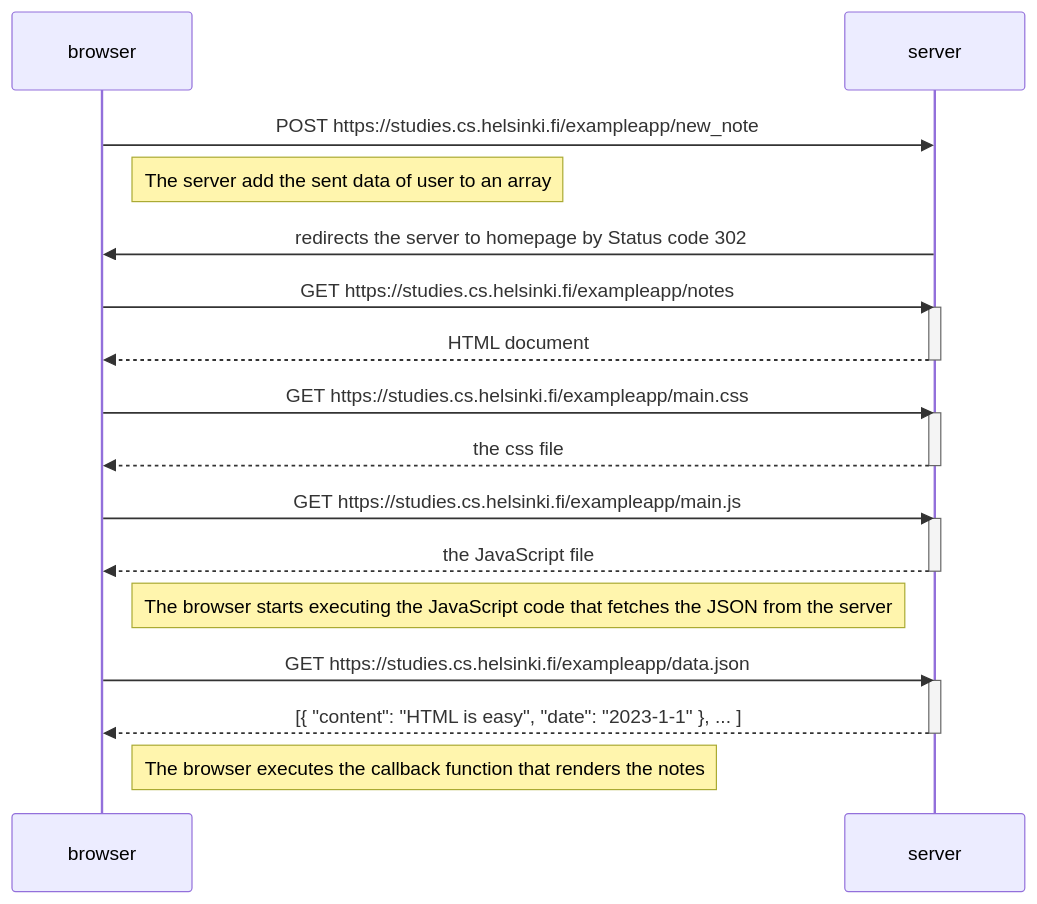
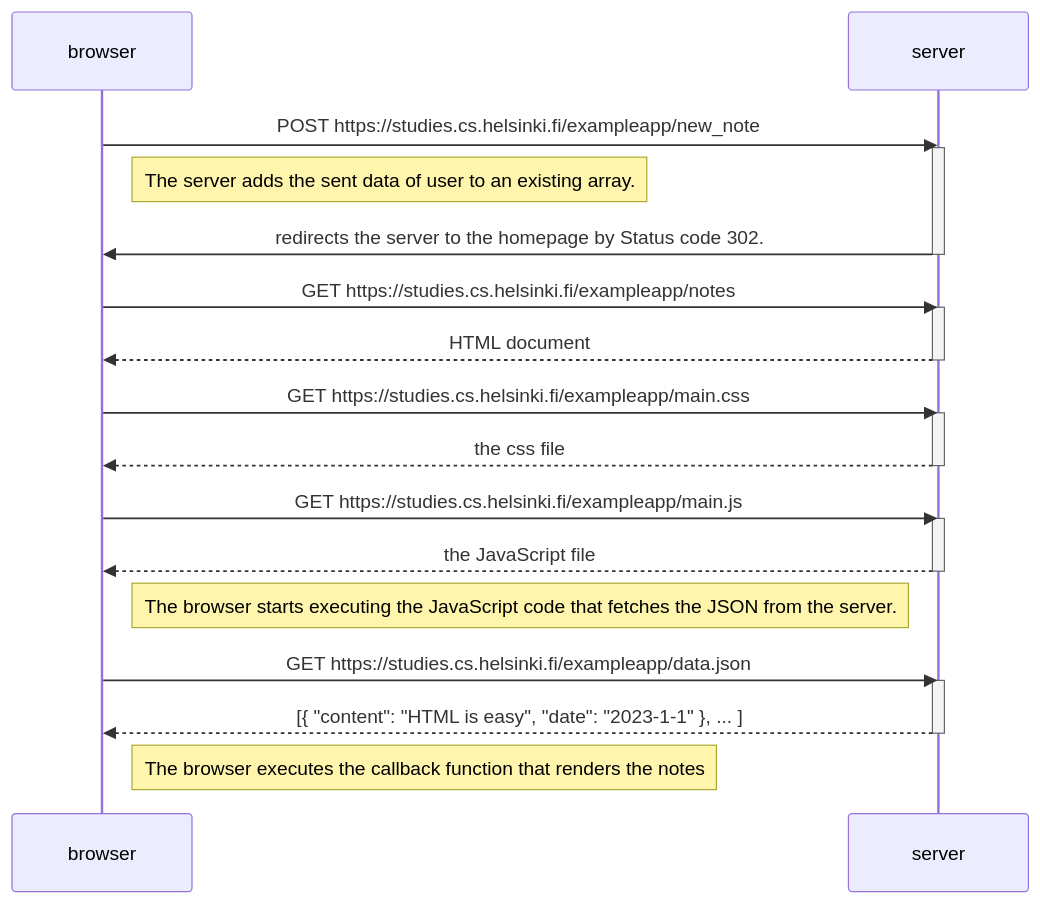
One commit to AlexandruStefanGherhes/FullStackOpen changed the diagram in part0/README.MD. Above: the diagram before and after it, drawn with Mermaid.

````diff
--- a/part0/README.MD
+++ b/part0/README.MD
@@ -1,33 +1,35 @@
 ```mermaid
 sequenceDiagram
     participant browser
     participant server
 
     browser->>server: POST https://studies.cs.helsinki.fi/exampleapp/new_note
-    Note right of browser: The server add the sent data of user to an array
-    server->>browser: redirects the server to homepage by Status code 302
+    activate server
+    Note right of browser: The server adds the sent data of user to an existing array.
+    server->>browser: redirects the server to the homepage by Status code 302.
+    deactivate server
     browser->>server: GET https://studies.cs.helsinki.fi/exampleapp/notes
     activate server
     server-->>browser: HTML document
     deactivate server
 
     browser->>server: GET https://studies.cs.helsinki.fi/exampleapp/main.css
     activate server
     server-->>browser: the css file
     deactivate server
 
     browser->>server: GET https://studies.cs.helsinki.fi/exampleapp/main.js
     activate server
     server-->>browser: the JavaScript file
     deactivate server
 
-    Note right of browser: The browser starts executing the JavaScript code that fetches the JSON from the server
+    Note right of browser: The browser starts executing the JavaScript code that fetches the JSON from the server.
 
     browser->>server: GET https://studies.cs.helsinki.fi/exampleapp/data.json
     activate server
     server-->>browser: [{ "content": "HTML is easy", "date": "2023-1-1" }, ... ]
     deactivate server
 
     Note right of browser: The browser executes the callback function that renders the notes
 
 ```
````
